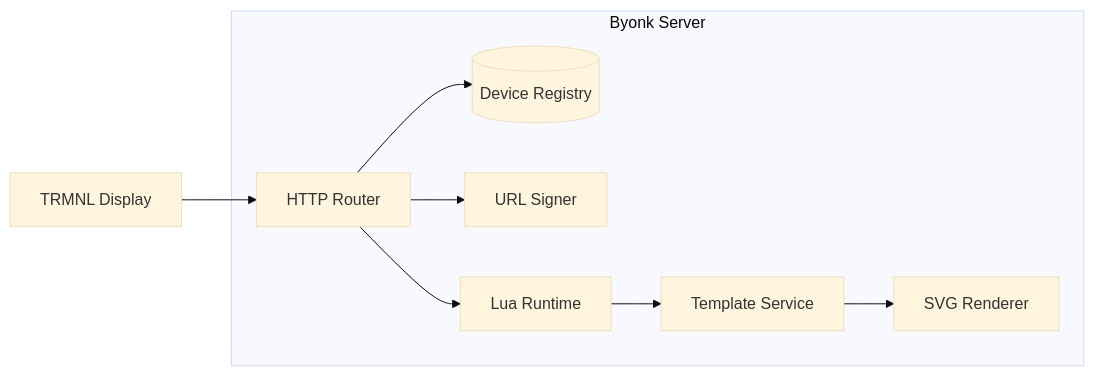
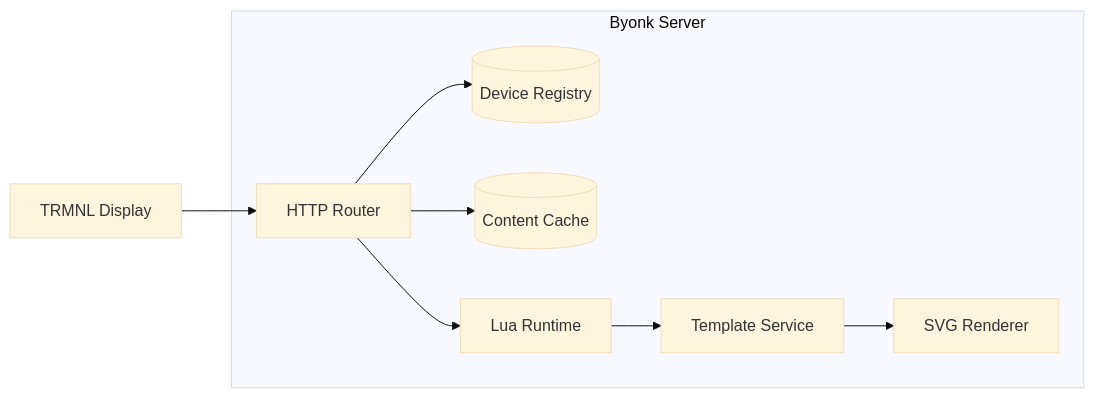
The first of 4 diagrams in docs/src/concepts/architecture.md (oetiker/byonk), drawn with Mermaid (base theme) before and after one commit. The commit also changed other lines of this file and 6 other files, not shown here.

````diff
--- a/docs/src/concepts/architecture.md
+++ b/docs/src/concepts/architecture.md
@@ -7,20 +7,20 @@
 ```mermaid
 flowchart LR
     Display[TRMNL Display]
 
     subgraph Server[Byonk Server]
         Router[HTTP Router]
         Registry[(Device Registry)]
-        Signer[URL Signer]
+        Cache[(Content Cache)]
         Lua[Lua Runtime]
         Template[Template Service]
         Renderer[SVG Renderer]
     end
 
     Display --> Router
     Router --> Registry
-    Router --> Signer
+    Router --> Cache
     Router --> Lua
     Lua --> Template
     Template --> Renderer
 ```
````
